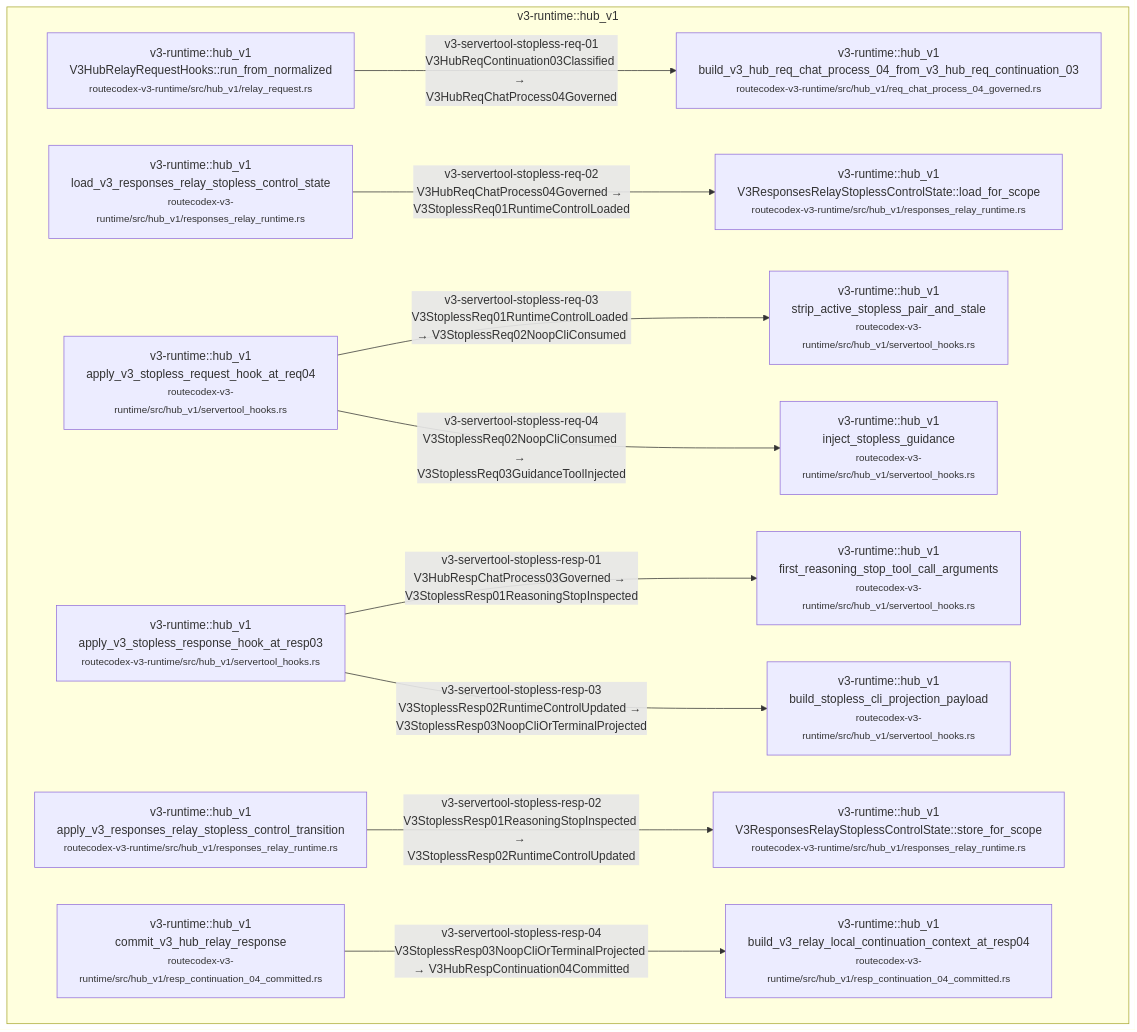
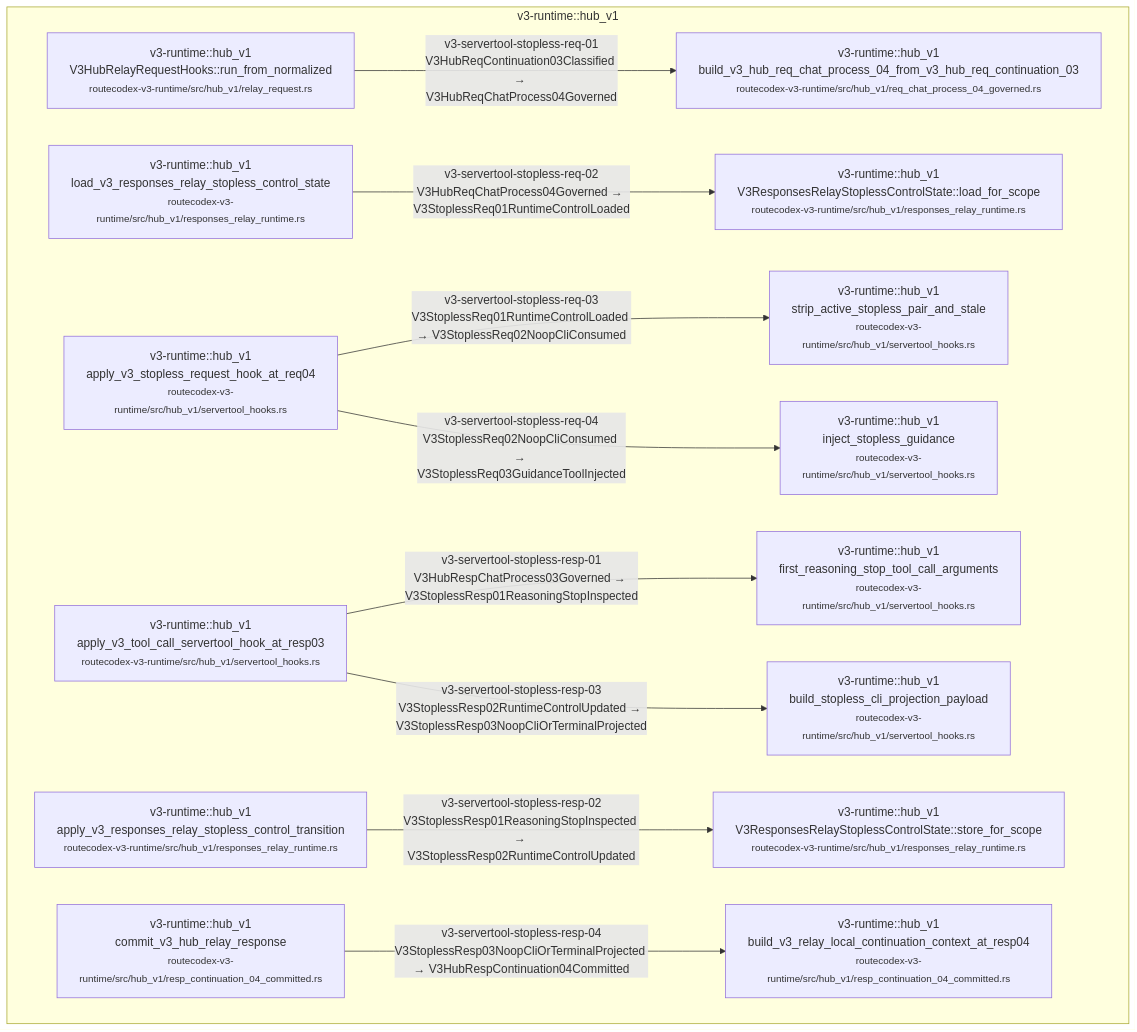
One commit to Jasonzhangf/routecodex changed diagram 31 of 36 in docs/architecture/wiki/v3-mainline-caller-flow.md. Above: the diagram before and after it, drawn with Mermaid. The commit also changed other lines of this file and 42 other files, not shown here.

````diff
--- a/docs/architecture/wiki/v3-mainline-caller-flow.md
+++ b/docs/architecture/wiki/v3-mainline-caller-flow.md
@@ -1234,27 +1274,27 @@
 ```mermaid
 flowchart TD
-  subgraph c_28_v3_servertool_hook_skeleton_lifecycle_m_v3_runtime__hub_v1["v3-runtime::hub_v1"]
-    c_28_v3_servertool_hook_skeleton_lifecycle_0["v3-runtime::hub_v1<br/>V3HubRelayRequestHooks::run_from_normalized<br/><small>routecodex-v3-runtime/src/hub_v1/relay_request.rs</small>"]
-    c_28_v3_servertool_hook_skeleton_lifecycle_1["v3-runtime::hub_v1<br/>build_v3_hub_req_chat_process_04_from_v3_hub_req_continuation_03<br/><small>routecodex-v3-runtime/src/hub_v1/req_chat_process_04_governed.rs</small>"]
-    c_28_v3_servertool_hook_skeleton_lifecycle_2["v3-runtime::hub_v1<br/>load_v3_responses_relay_stopless_control_state<br/><small>routecodex-v3-runtime/src/hub_v1/responses_relay_runtime.rs</small>"]
-    c_28_v3_servertool_hook_skeleton_lifecycle_3["v3-runtime::hub_v1<br/>V3ResponsesRelayStoplessControlState::load_for_scope<br/><small>routecodex-v3-runtime/src/hub_v1/responses_relay_runtime.rs</small>"]
-    c_28_v3_servertool_hook_skeleton_lifecycle_4["v3-runtime::hub_v1<br/>apply_v3_stopless_request_hook_at_req04<br/><small>routecodex-v3-runtime/src/hub_v1/servertool_hooks.rs</small>"]
-    c_28_v3_servertool_hook_skeleton_lifecycle_5["v3-runtime::hub_v1<br/>strip_active_stopless_pair_and_stale<br/><small>routecodex-v3-runtime/src/hub_v1/servertool_hooks.rs</small>"]
-    c_28_v3_servertool_hook_skeleton_lifecycle_6["v3-runtime::hub_v1<br/>inject_stopless_guidance<br/><small>routecodex-v3-runtime/src/hub_v1/servertool_hooks.rs</small>"]
-    c_28_v3_servertool_hook_skeleton_lifecycle_7["v3-runtime::hub_v1<br/>apply_v3_stopless_response_hook_at_resp03<br/><small>routecodex-v3-runtime/src/hub_v1/servertool_hooks.rs</small>"]
-    c_28_v3_servertool_hook_skeleton_lifecycle_8["v3-runtime::hub_v1<br/>first_reasoning_stop_tool_call_arguments<br/><small>routecodex-v3-runtime/src/hub_v1/servertool_hooks.rs</small>"]
-    c_28_v3_servertool_hook_skeleton_lifecycle_9["v3-runtime::hub_v1<br/>apply_v3_responses_relay_stopless_control_transition<br/><small>routecodex-v3-runtime/src/hub_v1/responses_relay_runtime.rs</small>"]
-    c_28_v3_servertool_hook_skeleton_lifecycle_10["v3-runtime::hub_v1<br/>V3ResponsesRelayStoplessControlState::store_for_scope<br/><small>routecodex-v3-runtime/src/hub_v1/responses_relay_runtime.rs</small>"]
-    c_28_v3_servertool_hook_skeleton_lifecycle_11["v3-runtime::hub_v1<br/>build_stopless_cli_projection_payload<br/><small>routecodex-v3-runtime/src/hub_v1/servertool_hooks.rs</small>"]
-    c_28_v3_servertool_hook_skeleton_lifecycle_12["v3-runtime::hub_v1<br/>commit_v3_hub_relay_response<br/><small>routecodex-v3-runtime/src/hub_v1/resp_continuation_04_committed.rs</small>"]
-    c_28_v3_servertool_hook_skeleton_lifecycle_13["v3-runtime::hub_v1<br/>build_v3_relay_local_continuation_context_at_resp04<br/><small>routecodex-v3-runtime/src/hub_v1/resp_continuation_04_committed.rs</small>"]
+  subgraph c_29_v3_servertool_hook_skeleton_lifecycle_m_v3_runtime__hub_v1["v3-runtime::hub_v1"]
+    c_29_v3_servertool_hook_skeleton_lifecycle_0["v3-runtime::hub_v1<br/>V3HubRelayRequestHooks::run_from_normalized<br/><small>routecodex-v3-runtime/src/hub_v1/relay_request.rs</small>"]
+    c_29_v3_servertool_hook_skeleton_lifecycle_1["v3-runtime::hub_v1<br/>build_v3_hub_req_chat_process_04_from_v3_hub_req_continuation_03<br/><small>routecodex-v3-runtime/src/hub_v1/req_chat_process_04_governed.rs</small>"]
+    c_29_v3_servertool_hook_skeleton_lifecycle_2["v3-runtime::hub_v1<br/>load_v3_responses_relay_stopless_control_state<br/><small>routecodex-v3-runtime/src/hub_v1/responses_relay_runtime.rs</small>"]
+    c_29_v3_servertool_hook_skeleton_lifecycle_3["v3-runtime::hub_v1<br/>V3ResponsesRelayStoplessControlState::load_for_scope<br/><small>routecodex-v3-runtime/src/hub_v1/responses_relay_runtime.rs</small>"]
+    c_29_v3_servertool_hook_skeleton_lifecycle_4["v3-runtime::hub_v1<br/>apply_v3_stopless_request_hook_at_req04<br/><small>routecodex-v3-runtime/src/hub_v1/servertool_hooks.rs</small>"]
+    c_29_v3_servertool_hook_skeleton_lifecycle_5["v3-runtime::hub_v1<br/>strip_active_stopless_pair_and_stale<br/><small>routecodex-v3-runtime/src/hub_v1/servertool_hooks.rs</small>"]
+    c_29_v3_servertool_hook_skeleton_lifecycle_6["v3-runtime::hub_v1<br/>inject_stopless_guidance<br/><small>routecodex-v3-runtime/src/hub_v1/servertool_hooks.rs</small>"]
+    c_29_v3_servertool_hook_skeleton_lifecycle_7["v3-runtime::hub_v1<br/>apply_v3_tool_call_servertool_hook_at_resp03<br/><small>routecodex-v3-runtime/src/hub_v1/servertool_hooks.rs</small>"]
+    c_29_v3_servertool_hook_skeleton_lifecycle_8["v3-runtime::hub_v1<br/>first_reasoning_stop_tool_call_arguments<br/><small>routecodex-v3-runtime/src/hub_v1/servertool_hooks.rs</small>"]
+    c_29_v3_servertool_hook_skeleton_lifecycle_9["v3-runtime::hub_v1<br/>apply_v3_responses_relay_stopless_control_transition<br/><small>routecodex-v3-runtime/src/hub_v1/responses_relay_runtime.rs</small>"]
+    c_29_v3_servertool_hook_skeleton_lifecycle_10["v3-runtime::hub_v1<br/>V3ResponsesRelayStoplessControlState::store_for_scope<br/><small>routecodex-v3-runtime/src/hub_v1/responses_relay_runtime.rs</small>"]
+    c_29_v3_servertool_hook_skeleton_lifecycle_11["v3-runtime::hub_v1<br/>build_stopless_cli_projection_payload<br/><small>routecodex-v3-runtime/src/hub_v1/servertool_hooks.rs</small>"]
+    c_29_v3_servertool_hook_skeleton_lifecycle_12["v3-runtime::hub_v1<br/>commit_v3_hub_relay_response<br/><small>routecodex-v3-runtime/src/hub_v1/resp_continuation_04_committed.rs</small>"]
+    c_29_v3_servertool_hook_skeleton_lifecycle_13["v3-runtime::hub_v1<br/>build_v3_relay_local_continuation_context_at_resp04<br/><small>routecodex-v3-runtime/src/hub_v1/resp_continuation_04_committed.rs</small>"]
   end
-  c_28_v3_servertool_hook_skeleton_lifecycle_0 -->|v3-servertool-stopless-req-01<br/>V3HubReqContinuation03Classified → V3HubReqChatProcess04Governed| c_28_v3_servertool_hook_skeleton_lifecycle_1
-  c_28_v3_servertool_hook_skeleton_lifecycle_2 -->|v3-servertool-stopless-req-02<br/>V3HubReqChatProcess04Governed → V3StoplessReq01RuntimeControlLoaded| c_28_v3_servertool_hook_skeleton_lifecycle_3
-  c_28_v3_servertool_hook_skeleton_lifecycle_4 -->|v3-servertool-stopless-req-03<br/>V3StoplessReq01RuntimeControlLoaded → V3StoplessReq02NoopCliConsumed| c_28_v3_servertool_hook_skeleton_lifecycle_5
-  c_28_v3_servertool_hook_skeleton_lifecycle_4 -->|v3-servertool-stopless-req-04<br/>V3StoplessReq02NoopCliConsumed → V3StoplessReq03GuidanceToolInjected| c_28_v3_servertool_hook_skeleton_lifecycle_6
-  c_28_v3_servertool_hook_skeleton_lifecycle_7 -->|v3-servertool-stopless-resp-01<br/>V3HubRespChatProcess03Governed → V3StoplessResp01ReasoningStopInspected| c_28_v3_servertool_hook_skeleton_lifecycle_8
-  c_28_v3_servertool_hook_skeleton_lifecycle_9 -->|v3-servertool-stopless-resp-02<br/>V3StoplessResp01ReasoningStopInspected → V3StoplessResp02RuntimeControlUpdated| c_28_v3_servertool_hook_skeleton_lifecycle_10
-  c_28_v3_servertool_hook_skeleton_lifecycle_7 -->|v3-servertool-stopless-resp-03<br/>V3StoplessResp02RuntimeControlUpdated → V3StoplessResp03NoopCliOrTerminalProjected| c_28_v3_servertool_hook_skeleton_lifecycle_11
-  c_28_v3_servertool_hook_skeleton_lifecycle_12 -->|v3-servertool-stopless-resp-04<br/>V3StoplessResp03NoopCliOrTerminalProjected → V3HubRespContinuation04Committed| c_28_v3_servertool_hook_skeleton_lifecycle_13
+  c_29_v3_servertool_hook_skeleton_lifecycle_0 -->|v3-servertool-stopless-req-01<br/>V3HubReqContinuation03Classified → V3HubReqChatProcess04Governed| c_29_v3_servertool_hook_skeleton_lifecycle_1
+  c_29_v3_servertool_hook_skeleton_lifecycle_2 -->|v3-servertool-stopless-req-02<br/>V3HubReqChatProcess04Governed → V3StoplessReq01RuntimeControlLoaded| c_29_v3_servertool_hook_skeleton_lifecycle_3
+  c_29_v3_servertool_hook_skeleton_lifecycle_4 -->|v3-servertool-stopless-req-03<br/>V3StoplessReq01RuntimeControlLoaded → V3StoplessReq02NoopCliConsumed| c_29_v3_servertool_hook_skeleton_lifecycle_5
+  c_29_v3_servertool_hook_skeleton_lifecycle_4 -->|v3-servertool-stopless-req-04<br/>V3StoplessReq02NoopCliConsumed → V3StoplessReq03GuidanceToolInjected| c_29_v3_servertool_hook_skeleton_lifecycle_6
+  c_29_v3_servertool_hook_skeleton_lifecycle_7 -->|v3-servertool-stopless-resp-01<br/>V3HubRespChatProcess03Governed → V3StoplessResp01ReasoningStopInspected| c_29_v3_servertool_hook_skeleton_lifecycle_8
+  c_29_v3_servertool_hook_skeleton_lifecycle_9 -->|v3-servertool-stopless-resp-02<br/>V3StoplessResp01ReasoningStopInspected → V3StoplessResp02RuntimeControlUpdated| c_29_v3_servertool_hook_skeleton_lifecycle_10
+  c_29_v3_servertool_hook_skeleton_lifecycle_7 -->|v3-servertool-stopless-resp-03<br/>V3StoplessResp02RuntimeControlUpdated → V3StoplessResp03NoopCliOrTerminalProjected| c_29_v3_servertool_hook_skeleton_lifecycle_11
+  c_29_v3_servertool_hook_skeleton_lifecycle_12 -->|v3-servertool-stopless-resp-04<br/>V3StoplessResp03NoopCliOrTerminalProjected → V3HubRespContinuation04Committed| c_29_v3_servertool_hook_skeleton_lifecycle_13
 ```
````
